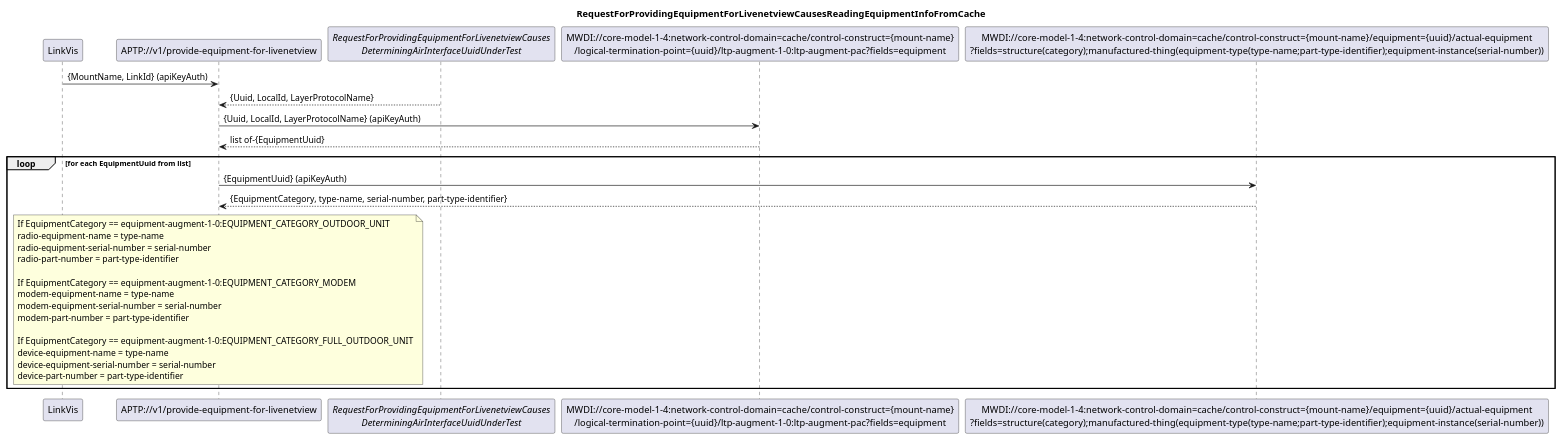
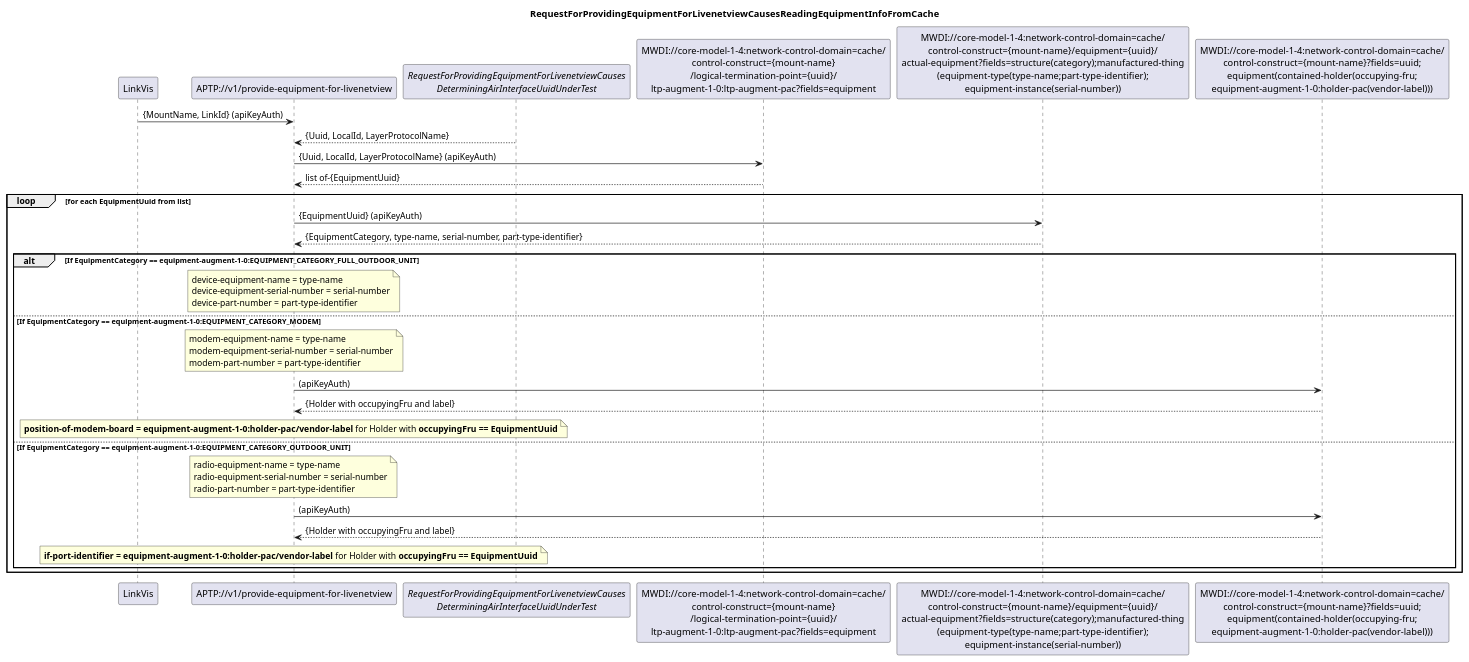
The diagram in spec/diagrams/ProvideEquipmentInfoForLivenetview/307_ReadingEquipmentInfoFromCache.plantuml (openBackhaul/AccessPlanningToolProxy), drawn with PlantUML before and after one commit. The commit also changed 3 other files, not shown here.

Commit message:
Add Card-Slot and IF-Port identifiers to response of EquipmentForLiveNetView  response

```diff
--- a/spec/diagrams/ProvideEquipmentInfoForLivenetview/307_ReadingEquipmentInfoFromCache.plantuml
+++ b/spec/diagrams/ProvideEquipmentInfoForLivenetview/307_ReadingEquipmentInfoFromCache.plantuml
@@ -1,45 +1,67 @@
 @startuml 307_ReadingEquipmentInfoFromCache
 skinparam responseMessageBelowArrow true
 
 title
 RequestForProvidingEquipmentForLivenetviewCausesReadingEquipmentInfoFromCache
 end title
 
 participant "LinkVis" as LinkVis
 participant "APTP://v1/provide-equipment-for-livenetview" as liveEquipment
 participant "<i>RequestForProvidingEquipmentForLivenetviewCauses\n<i>DeterminingAirInterfaceUuidUnderTest</i>" as InterfaceUnderTest
-participant "MWDI://core-model-1-4:network-control-domain=cache/control-construct={mount-name}\n/logical-termination-point={uuid}/ltp-augment-1-0:ltp-augment-pac?fields=equipment" as EquipmentUuid
-participant "MWDI://core-model-1-4:network-control-domain=cache/control-construct={mount-name}/equipment={uuid}/actual-equipment\n?fields=structure(category);manufactured-thing(equipment-type(type-name;part-type-identifier);equipment-instance(serial-number))" as RadioComponentIdentifiers
-
+participant "MWDI://core-model-1-4:network-control-domain=cache/\ncontrol-construct={mount-name}\n/logical-termination-point={uuid}/\nltp-augment-1-0:ltp-augment-pac?fields=equipment" as EquipmentUuid
+participant "MWDI://core-model-1-4:network-control-domain=cache/\ncontrol-construct={mount-name}/equipment={uuid}/\nactual-equipment?fields=structure(category);manufactured-thing\n(equipment-type(type-name;part-type-identifier);\nequipment-instance(serial-number))" as RadioComponentIdentifiers
+participant "MWDI://core-model-1-4:network-control-domain=cache/\ncontrol-construct={mount-name}?fields=uuid;\nequipment(contained-holder(occupying-fru;\nequipment-augment-1-0:holder-pac(vendor-label)))" as HolderLabel
 
 LinkVis -> liveEquipment: {MountName, LinkId} (apiKeyAuth)
 
 InterfaceUnderTest --> liveEquipment: {Uuid, LocalId, LayerProtocolName} 
 
 liveEquipment -> EquipmentUuid: {Uuid, LocalId, LayerProtocolName} (apiKeyAuth)
 EquipmentUuid --> liveEquipment: list of-{EquipmentUuid}
 
 
 loop for each EquipmentUuid from list
 
     liveEquipment -> RadioComponentIdentifiers: {EquipmentUuid} (apiKeyAuth)
     RadioComponentIdentifiers --> liveEquipment: {EquipmentCategory, type-name, serial-number, part-type-identifier}
 
-    note over liveEquipment
-    If EquipmentCategory == equipment-augment-1-0:EQUIPMENT_CATEGORY_OUTDOOR_UNIT
-    radio-equipment-name = type-name
-    radio-equipment-serial-number = serial-number
-    radio-part-number = part-type-identifier
+    alt If EquipmentCategory == equipment-augment-1-0:EQUIPMENT_CATEGORY_FULL_OUTDOOR_UNIT
+        note over liveEquipment
+            device-equipment-name = type-name
+            device-equipment-serial-number = serial-number
+            device-part-number = part-type-identifier
+        end note
 
-    If EquipmentCategory == equipment-augment-1-0:EQUIPMENT_CATEGORY_MODEM
-    modem-equipment-name = type-name
-    modem-equipment-serial-number = serial-number
-    modem-part-number = part-type-identifier
+    else If EquipmentCategory == equipment-augment-1-0:EQUIPMENT_CATEGORY_MODEM
+        note over liveEquipment    
+            modem-equipment-name = type-name
+            modem-equipment-serial-number = serial-number
+            modem-part-number = part-type-identifier    
+        end note
 
-    If EquipmentCategory == equipment-augment-1-0:EQUIPMENT_CATEGORY_FULL_OUTDOOR_UNIT
-    device-equipment-name = type-name
-    device-equipment-serial-number = serial-number
-    device-part-number = part-type-identifier
-    end note
+        liveEquipment -> HolderLabel: (apiKeyAuth)
+        HolderLabel --> liveEquipment: {Holder with occupyingFru and label}
+        note over liveEquipment    
+            **position-of-modem-board = equipment-augment-1-0:holder-pac/vendor-label** for Holder with **occupyingFru == EquipmentUuid**
+        end note
+
+
+    else  If EquipmentCategory == equipment-augment-1-0:EQUIPMENT_CATEGORY_OUTDOOR_UNIT
+        note over liveEquipment        
+        radio-equipment-name = type-name
+        radio-equipment-serial-number = serial-number
+        radio-part-number = part-type-identifier
+        end note
+
+        liveEquipment -> HolderLabel: (apiKeyAuth)
+        HolderLabel --> liveEquipment: {Holder with occupyingFru and label}
+        note over liveEquipment    
+            **if-port-identifier = equipment-augment-1-0:holder-pac/vendor-label** for Holder with **occupyingFru == EquipmentUuid**
+        end note
+
+
+    end
+ 
+
 end
 @enduml
```
